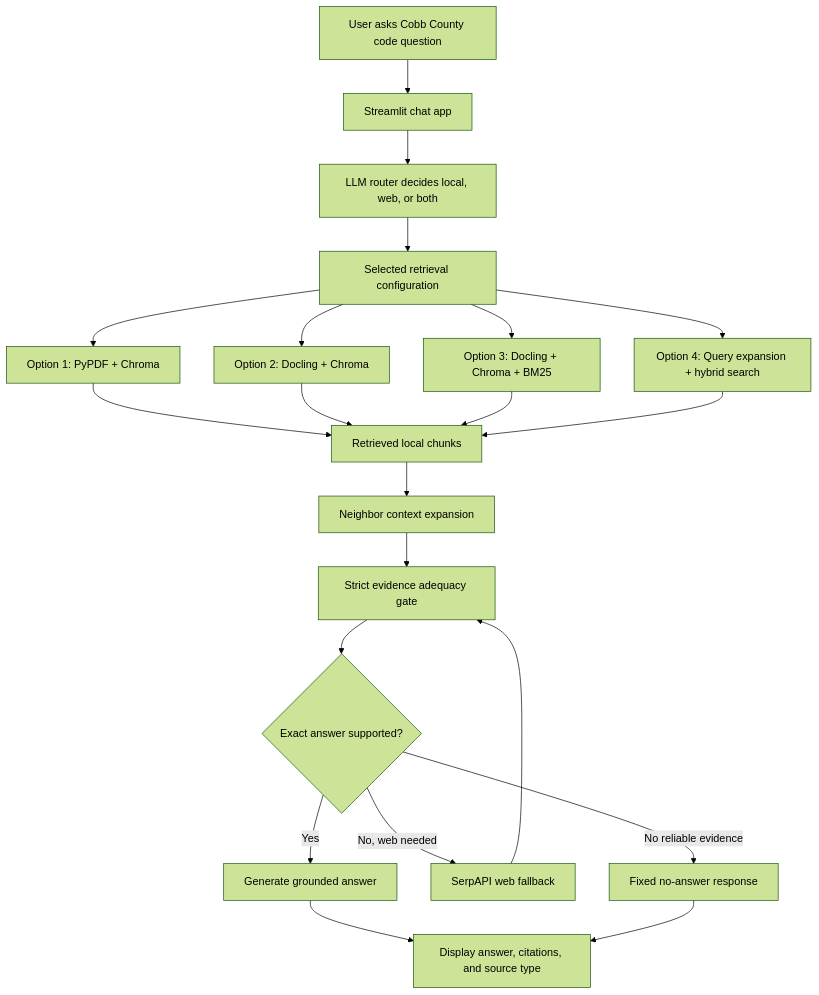
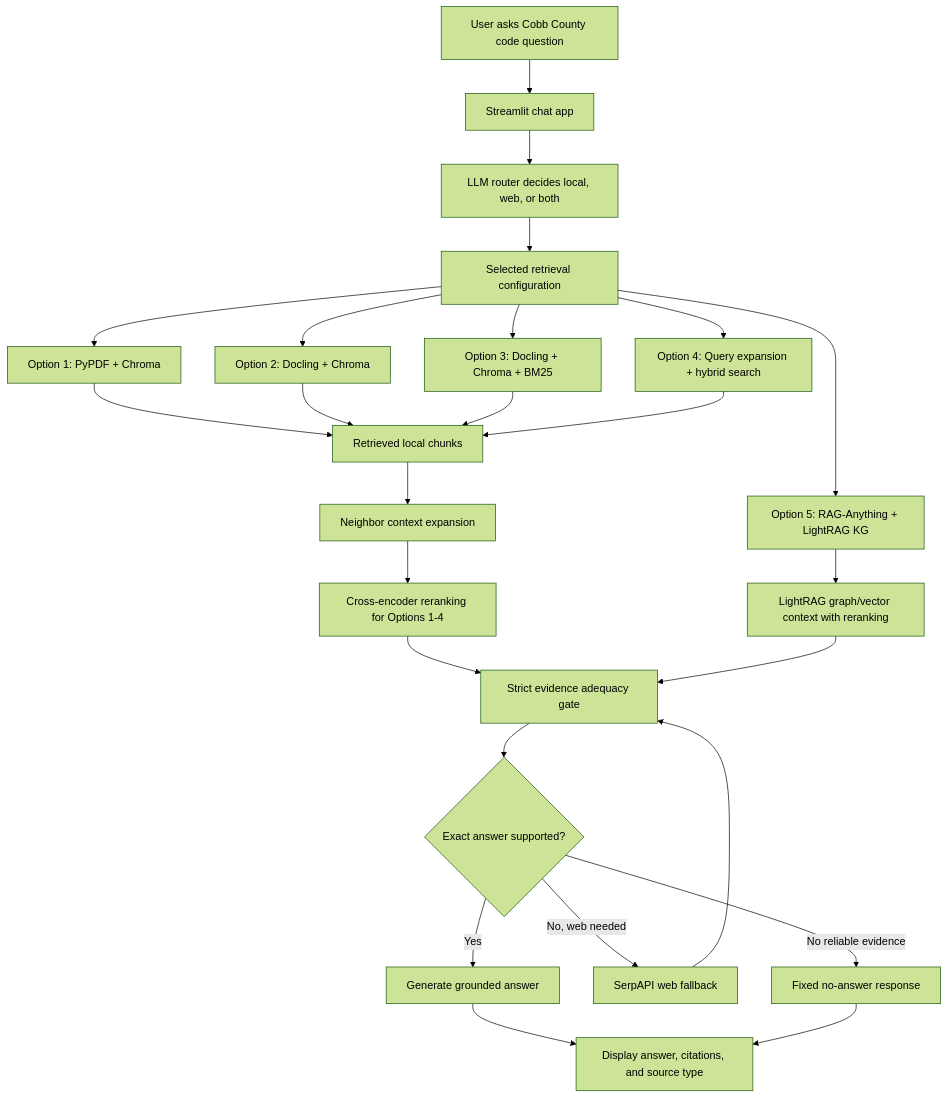
Before and after one commit to helsharif/cobb-county-code-rag-assistant: the diagram in FLOW_LOGIC_HIGH_LEVEL.md, drawn with Mermaid (forest theme). The commit also changed other lines of this file and 7 other files, not shown here.

Commit message:
Add cross-encoder reranking for local retrieval

````diff
--- a/FLOW_LOGIC_HIGH_LEVEL.md
+++ b/FLOW_LOGIC_HIGH_LEVEL.md
@@ -201,28 +210,32 @@
 ```mermaid
 flowchart TD
     A["User asks Cobb County code question"] --> B["Streamlit chat app"]
     B --> C["LLM router decides local, web, or both"]
     C --> D["Selected retrieval configuration"]
 
     D --> E1["Option 1: PyPDF + Chroma"]
     D --> E2["Option 2: Docling + Chroma"]
     D --> E3["Option 3: Docling + Chroma + BM25"]
     D --> E4["Option 4: Query expansion + hybrid search"]
+    D --> E5["Option 5: RAG-Anything + LightRAG KG"]
 
     E1 --> F["Retrieved local chunks"]
     E2 --> F
     E3 --> F
     E4 --> F
+    E5 --> KG["LightRAG graph/vector context with reranking"]
 
     F --> G["Neighbor context expansion"]
-    G --> H["Strict evidence adequacy gate"]
+    G --> R["Cross-encoder reranking for Options 1-4"]
+    R --> H["Strict evidence adequacy gate"]
+    KG --> H
     H --> I{"Exact answer supported?"}
 
     I -->|Yes| J["Generate grounded answer"]
     I -->|No, web needed| K["SerpAPI web fallback"]
     K --> H
     I -->|No reliable evidence| L["Fixed no-answer response"]
 
     J --> M["Display answer, citations, and source type"]
     L --> M
 ```
````
